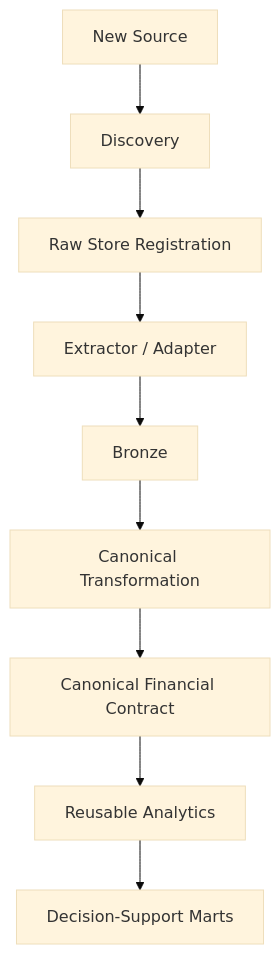
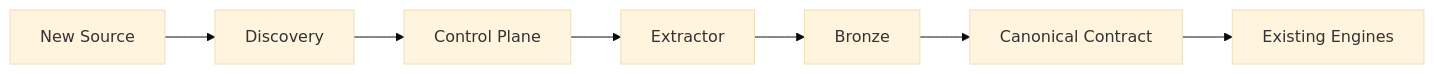
One commit to tks18/personal-finance-etl changed the diagram in docs/developer/adding-data-sources.md. Above: the diagram before and after it, drawn with Mermaid (base theme). The commit also changed other lines of this file and 3 other files, not shown here.

````diff
--- a/docs/developer/adding-data-sources.md
+++ b/docs/developer/adding-data-sources.md
@@ -31,11 +7,9 @@
 ```mermaid
-flowchart TB
+flowchart LR
     SRC["New Source"] --> DISC["Discovery"]
-    DISC --> RAW["Raw Store Registration"]
-    RAW --> EXT["Extractor / Adapter"]
+    DISC --> CP["Control Plane"]
+    CP --> EXT["Extractor"]
     EXT --> BR["Bronze"]
-    BR --> MAP["Canonical Transformation"]
-    MAP --> CAN["Canonical Financial Contract"]
-    CAN --> ENG["Reusable Analytics"]
-    ENG --> GOLD["Decision-Support Marts"]
+    BR --> CAN["Canonical Contract"]
+    CAN --> ENG["Existing Engines"]
 ```
````
